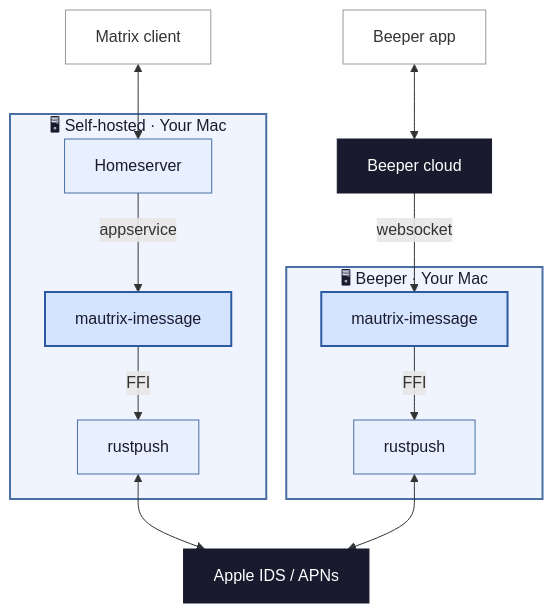
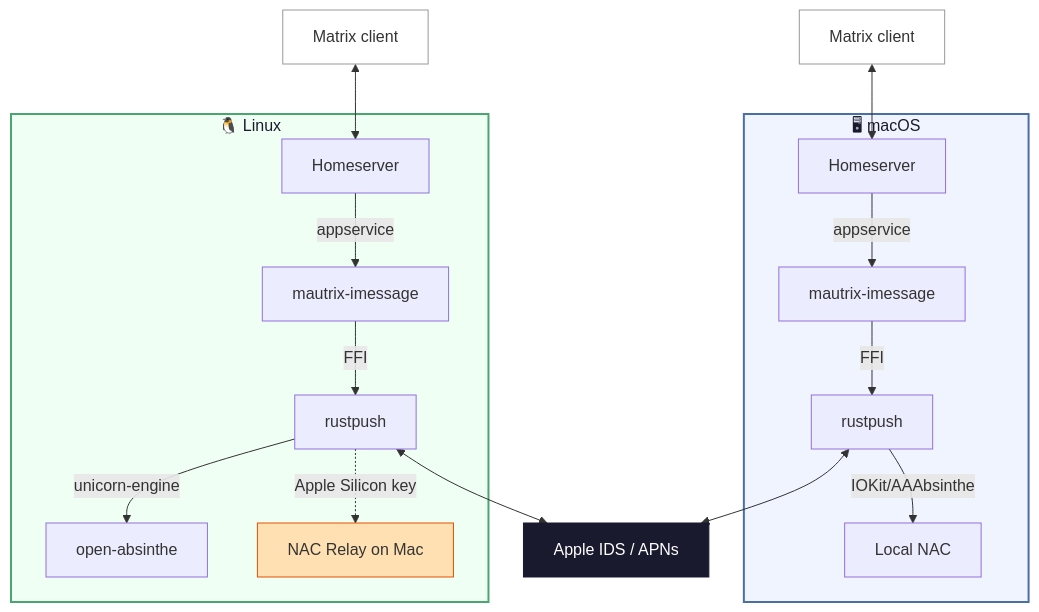
The diagram in README.md (jasonlaguidice/imessage), drawn with Mermaid before and after one commit. The commit also changed other lines of this file and 25 other files, not shown here.

First line of the commit message:
Linux support: cross-platform build, hardware key extraction, NAC relay

````diff
--- a/README.md
+++ b/README.md
@@ -63,27 +183,25 @@
 ```mermaid
 flowchart TB
-    subgraph sh["🖥 Self-hosted · Your Mac"]
-        HS[Homeserver] -- appservice --> Bridge1[mautrix-imessage]
+    subgraph macos["🖥 macOS"]
+        HS1[Homeserver] -- appservice --> Bridge1[mautrix-imessage]
         Bridge1 -- FFI --> RP1[rustpush]
+        RP1 -- IOKit/AAAbsinthe --> NAC1[Local NAC]
     end
-    subgraph bp["🖥 Beeper · Your Mac"]
-        Bridge2[mautrix-imessage] -- FFI --> RP2[rustpush]
+    subgraph linux["🐧 Linux"]
+        HS2[Homeserver] -- appservice --> Bridge2[mautrix-imessage]
+        Bridge2 -- FFI --> RP2[rustpush]
+        RP2 -- unicorn-engine --> NAC2[open-absinthe]
+        RP2 -. "Apple Silicon key" .-> Relay[NAC Relay on Mac]
     end
-    Client1[Matrix client] <--> HS
-    Client2[Beeper app] <--> Beeper[Beeper cloud]
-    Beeper -- websocket --> Bridge2
+    Client1[Matrix client] <--> HS1
+    Client2[Matrix client] <--> HS2
     RP1 <--> Apple[Apple IDS / APNs]
     RP2 <--> Apple
 
-    style sh fill:#f0f4ff,stroke:#4a6fa5,stroke-width:2px,color:#1a1a2e
-    style bp fill:#f0f4ff,stroke:#4a6fa5,stroke-width:2px,color:#1a1a2e
+    style macos fill:#f0f4ff,stroke:#4a6fa5,stroke-width:2px,color:#1a1a2e
+    style linux fill:#f0fff4,stroke:#4aa56f,stroke-width:2px,color:#1a1a2e
     style Apple fill:#1a1a2e,stroke:#1a1a2e,color:#fff
-    style Beeper fill:#1a1a2e,stroke:#1a1a2e,color:#fff
     style Client1 fill:#fff,stroke:#999,color:#333
     style Client2 fill:#fff,stroke:#999,color:#333
-    style HS fill:#e8f0fe,stroke:#4a6fa5,color:#1a1a2e
-    style Bridge1 fill:#d4e4ff,stroke:#2c5aa0,stroke-width:2px,color:#1a1a2e
-    style Bridge2 fill:#d4e4ff,stroke:#2c5aa0,stroke-width:2px,color:#1a1a2e
-    style RP1 fill:#e8f0fe,stroke:#4a6fa5,color:#1a1a2e
-    style RP2 fill:#e8f0fe,stroke:#4a6fa5,color:#1a1a2e
+    style Relay fill:#ffe0b2,stroke:#e65100,color:#333
 ```
````
